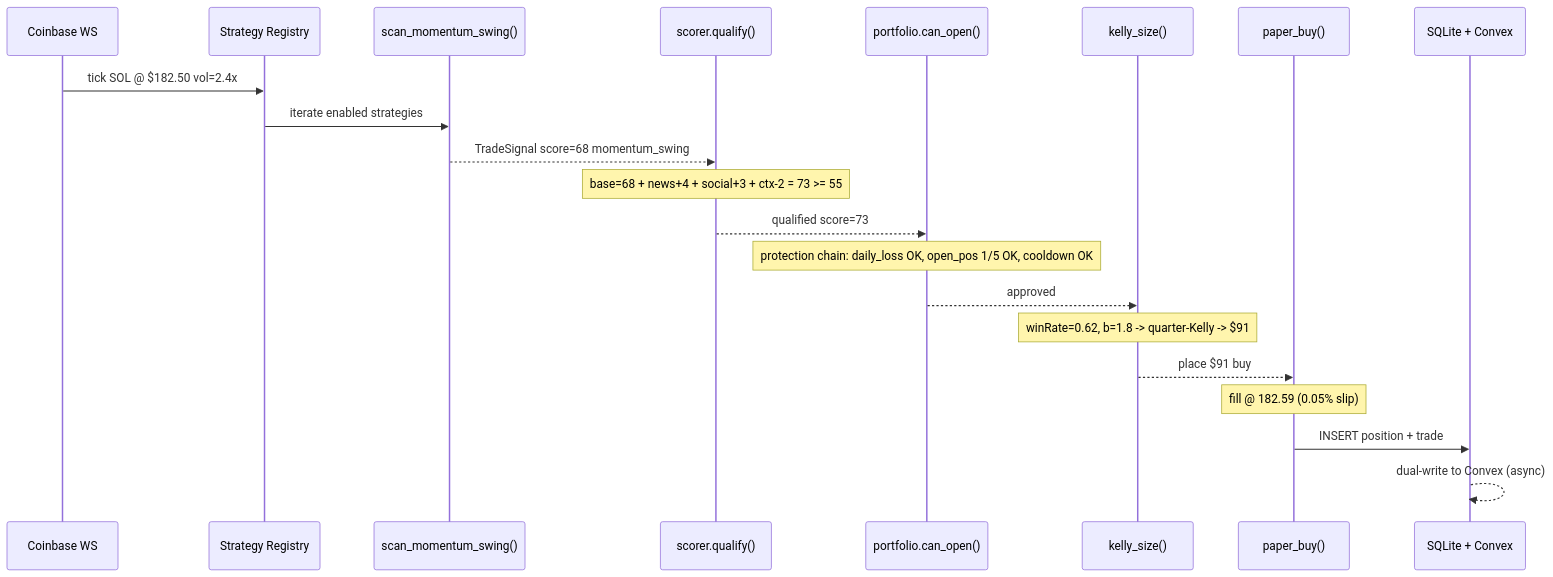
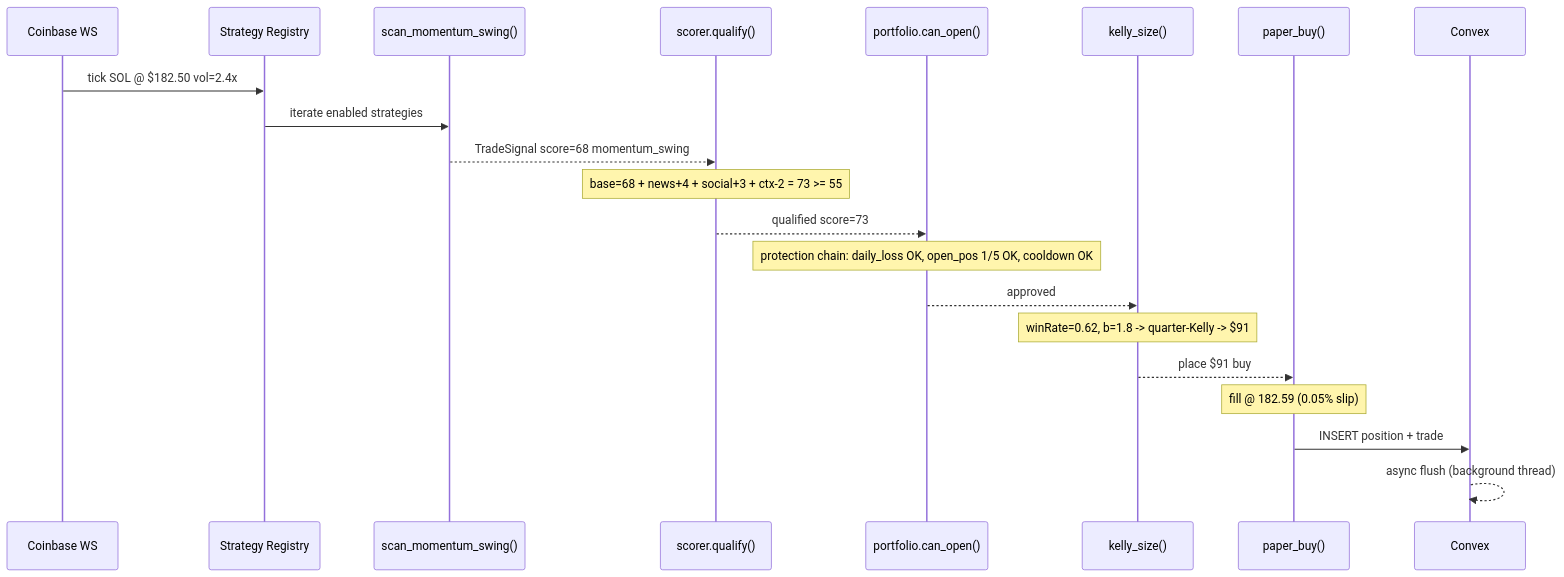
One commit to prateekjain98/kaizen-trader changed the third of 3 diagrams in docs/architecture.md. Above: the diagram before and after it, drawn with Mermaid. The commit also changed other lines of this file and 22 other files, not shown here.

First line of the commit message:
feat: make Convex sole database — remove SQLite, audit and fix all Convex usage

````diff
--- a/docs/architecture.md
+++ b/docs/architecture.md
@@ -220,24 +211,24 @@
 ```mermaid
 sequenceDiagram
     participant WS as Coinbase WS
     participant Registry as Strategy Registry
     participant Scanner as scan_momentum_swing()
     participant Scorer as scorer.qualify()
     participant Portfolio as portfolio.can_open()
     participant Sizer as kelly_size()
     participant Exec as paper_buy()
-    participant DB as SQLite + Convex
+    participant DB as Convex
 
     WS->>Registry: tick SOL @ $182.50 vol=2.4x
     Registry->>Scanner: iterate enabled strategies
     Scanner-->>Scorer: TradeSignal score=68 momentum_swing
     Note over Scorer: base=68 + news+4 + social+3 + ctx-2 = 73 >= 55
     Scorer-->>Portfolio: qualified score=73
     Note over Portfolio: protection chain: daily_loss OK, open_pos 1/5 OK, cooldown OK
     Portfolio-->>Sizer: approved
     Note over Sizer: winRate=0.62, b=1.8 -> quarter-Kelly -> $91
     Sizer-->>Exec: place $91 buy
     Note over Exec: fill @ 182.59 (0.05% slip)
     Exec->>DB: INSERT position + trade
-    DB-->>DB: dual-write to Convex (async)
+    DB-->>DB: async flush (background thread)
 ```
````
